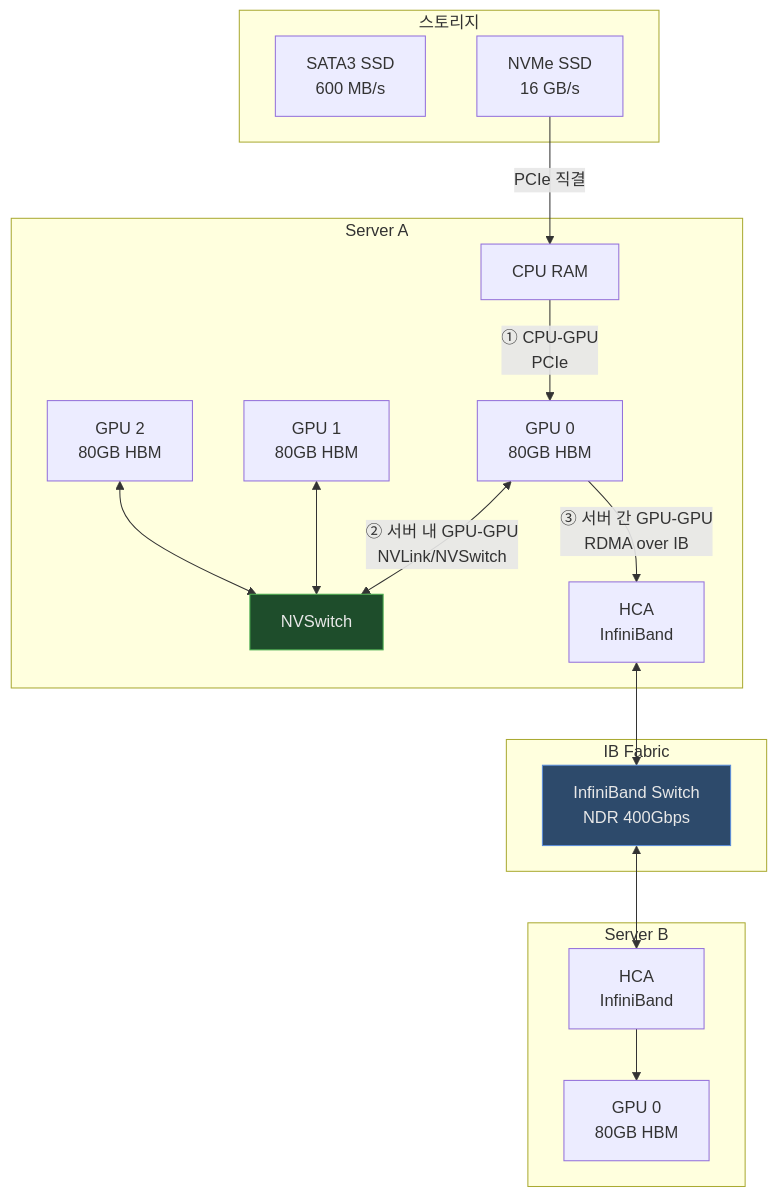
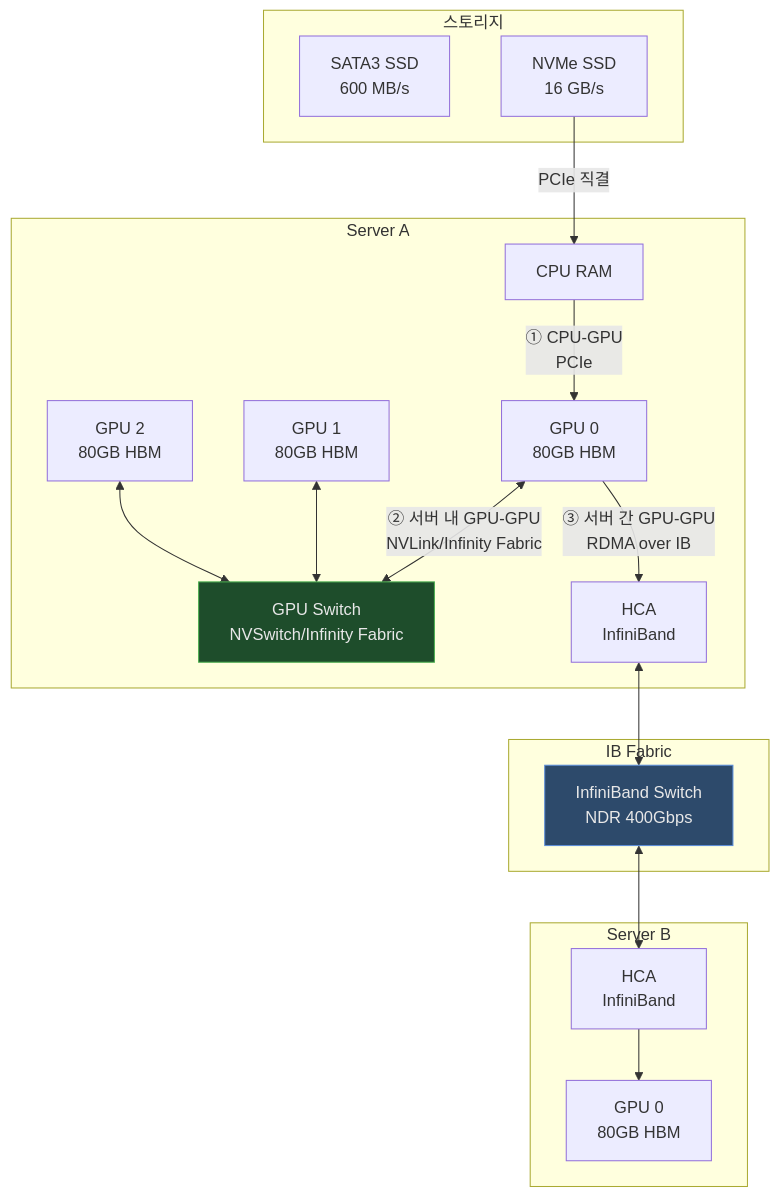
The first of 6 diagrams in docs/gpu/infiniband-nvlink-nvswitch.md (juwon8891/juwon8891.github.io), drawn with Mermaid before and after one commit. The commit also changed other lines of this file, not shown here.

First line of the commit message:
docs: Add AMD GPU interconnect technologies alongside NVIDIA

````diff
--- a/docs/gpu/infiniband-nvlink-nvswitch.md
+++ b/docs/gpu/infiniband-nvlink-nvswitch.md
@@ -13,39 +13,39 @@
 ```mermaid
 graph TB
     subgraph "스토리지"
         SATA[SATA3 SSD<br/>600 MB/s]
         NVME[NVMe SSD<br/>16 GB/s]
     end
 
     subgraph "Server A"
         CPU_A[CPU RAM]
         GPU_A1[GPU 0<br/>80GB HBM]
         GPU_A2[GPU 1<br/>80GB HBM]
         GPU_A3[GPU 2<br/>80GB HBM]
-        NS_A[NVSwitch]
+        NS_A[GPU Switch<br/>NVSwitch/Infinity Fabric]
         HCA_A[HCA<br/>InfiniBand]
     end
 
     subgraph "Server B"
         GPU_B1[GPU 0<br/>80GB HBM]
         HCA_B[HCA<br/>InfiniBand]
     end
 
     subgraph "IB Fabric"
         SW[InfiniBand Switch<br/>NDR 400Gbps]
     end
 
     NVME -->|PCIe 직결| CPU_A
     CPU_A -->|① CPU-GPU<br/>PCIe| GPU_A1
-    GPU_A1 <-->|② 서버 내 GPU-GPU<br/>NVLink/NVSwitch| NS_A
+    GPU_A1 <-->|② 서버 내 GPU-GPU<br/>NVLink/Infinity Fabric| NS_A
     GPU_A2 <--> NS_A
     GPU_A3 <--> NS_A
     GPU_A1 -->|③ 서버 간 GPU-GPU<br/>RDMA over IB| HCA_A
     HCA_A <--> SW
     SW <--> HCA_B
     HCA_B --> GPU_B1
 
     style NS_A fill:#1e4d2b,stroke:#4caf50,color:#e8e8e8
     style SW fill:#2d4a6b,stroke:#5b8dd9,color:#e8e8e8
 
 ```
````
